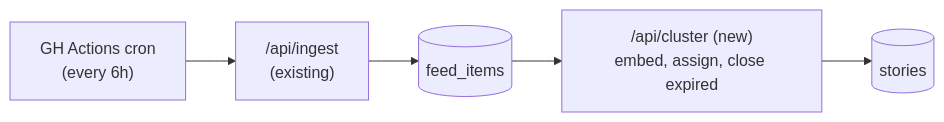
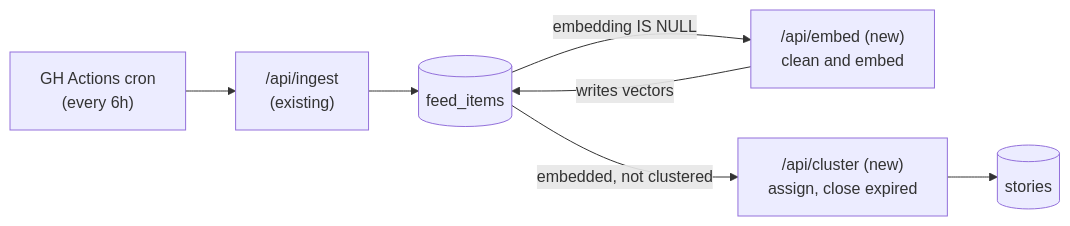
Before and after one commit to camricksolorio/better-news: the first of 4 diagrams in docs/story-clustering-v1/tdd.md, drawn with Mermaid. The commit also changed other lines of this file and 2 other files, not shown here.

First line of the commit message:
Split embedding and clustering into separate stages

````diff
--- a/docs/story-clustering-v1/tdd.md
+++ b/docs/story-clustering-v1/tdd.md
@@ -52,7 +52,9 @@
 ```mermaid
 flowchart LR
   cron["GH Actions cron<br/>(every 6h)"] --> ingest["/api/ingest<br/>(existing)"]
   ingest --> fi[("feed_items")]
-  fi --> cluster["/api/cluster (new)<br/>embed, assign, close expired"]
+  fi -- "embedding IS NULL" --> embed["/api/embed (new)<br/>clean and embed"]
+  embed -- "writes vectors" --> fi
+  fi -- "embedded, not clustered" --> cluster["/api/cluster (new)<br/>assign, close expired"]
   cluster --> st[("stories")]
 ```
````
